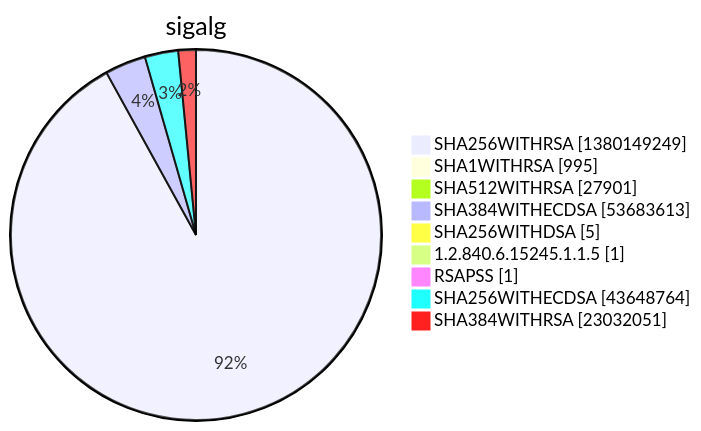
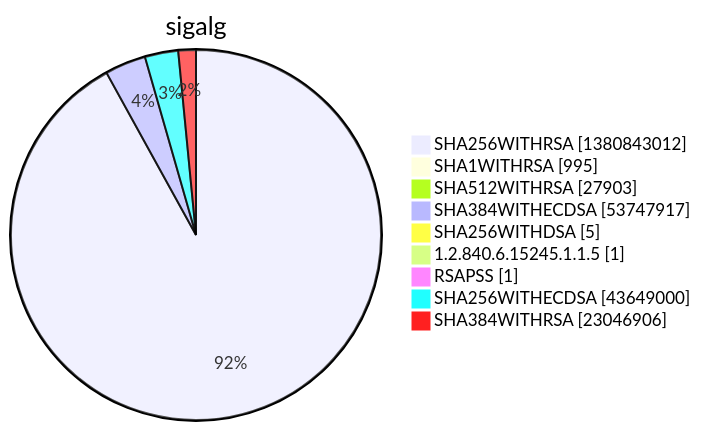
One commit to christiankrug/ctmonitor_visualization changed diagram 15 of 15 in xenon2022/README.md. Above: the diagram before and after it, drawn with Mermaid. The commit also changed other lines of this file, not shown here.

````diff
--- a/xenon2022/README.md
+++ b/xenon2022/README.md
@@ -5853,13 +5853,13 @@
 ```mermaid
 pie showData
 title sigalg
-"SHA256WITHRSA" :1380149249
+"SHA256WITHRSA" :1380843012
 "SHA1WITHRSA" :995
-"SHA512WITHRSA" :27901
-"SHA384WITHECDSA" :53683613
+"SHA512WITHRSA" :27903
+"SHA384WITHECDSA" :53747917
 "SHA256WITHDSA" :5
 "1.2.840.6.15245.1.1.5" :1
 "RSAPSS" :1
-"SHA256WITHECDSA" :43648764
-"SHA384WITHRSA" :23032051
+"SHA256WITHECDSA" :43649000
+"SHA384WITHRSA" :23046906
 ```
````
